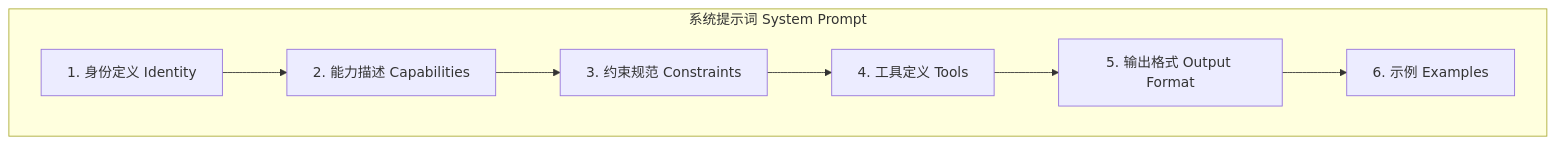
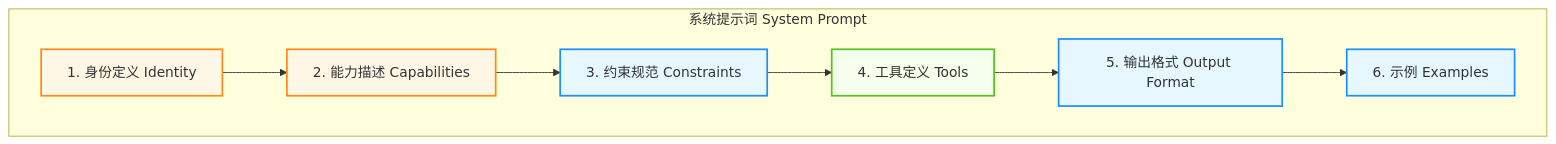
Before and after one commit to yeasy/agentic_ai_guide: the first of 2 diagrams in 02_reasoning/2.5_prompt_engineering.md, drawn with Mermaid. The commit also changed 36 other files, not shown here.

````diff
--- a/02_reasoning/2.5_prompt_engineering.md
+++ b/02_reasoning/2.5_prompt_engineering.md
@@ -32,13 +32,23 @@
 ```mermaid
 graph TD
+    %% Agentic Design System
+    classDef agent fill:#e6f7ff,stroke:#1890ff,stroke-width:2px;
+    classDef tool fill:#f6ffed,stroke:#52c41a,stroke-width:2px;
+    classDef user fill:#fff7e6,stroke:#fa8c16,stroke-width:2px;
+
     subgraph SystemPrompt [系统提示词 System Prompt]
         ID[1. 身份定义 Identity]
         Cap[2. 能力描述 Capabilities]
         Const[3. 约束规范 Constraints]
         Tools[4. 工具定义 Tools]
         Fmt[5. 输出格式 Output Format]
         Ex[6. 示例 Examples]
         
         ID --> Cap --> Const --> Tools --> Fmt --> Ex
     end
+    
+    class ID,Cap user;
+    class Const,Fmt agent;
+    class Tools tool;
+    class Ex agent;
 ```
````
